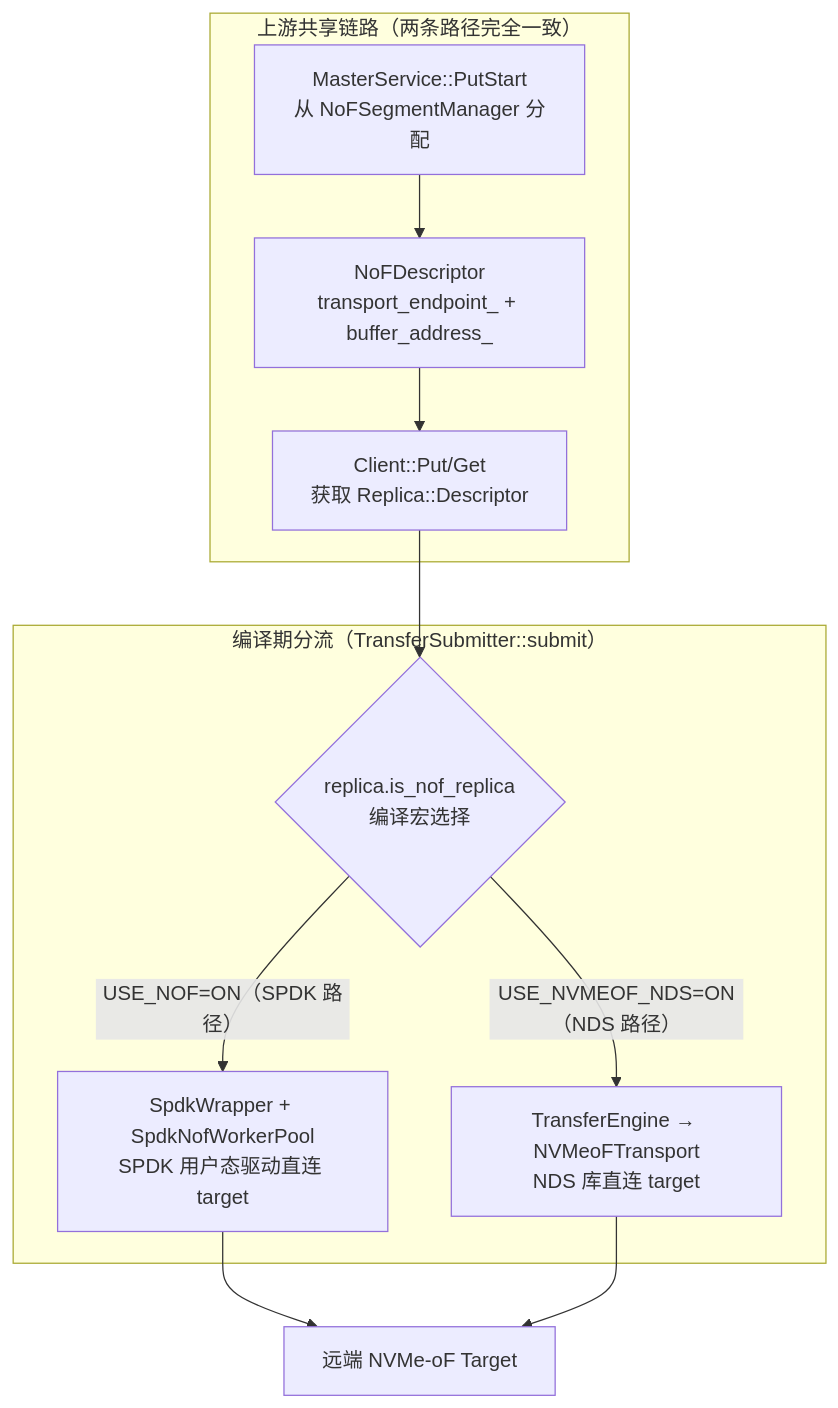
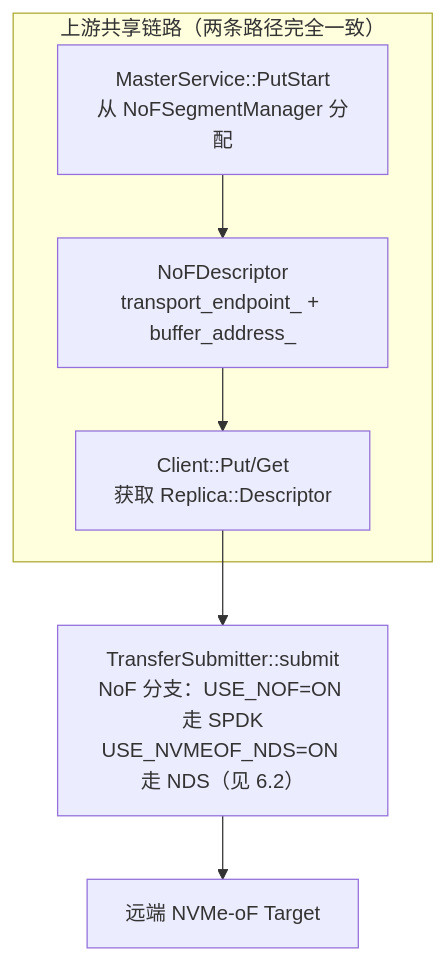
Diagram 12 of 17 in docs/rfc-nds-nvmeof-transport-cn.md (yz53665/Mooncake), drawn with Mermaid before and after one commit. The commit also changed other lines of this file, not shown here.

````diff
--- a/docs/rfc-nds-nvmeof-transport-cn.md
+++ b/docs/rfc-nds-nvmeof-transport-cn.md
@@ -508,19 +508,12 @@
 ```mermaid
 graph TB
     subgraph Shared["上游共享链路（两条路径完全一致）"]
         MASTER[MasterService::PutStart<br/>从 NoFSegmentManager 分配]
         DESC[NoFDescriptor<br/>transport_endpoint_ + buffer_address_]
         CLIENT[Client::Put/Get<br/>获取 Replica::Descriptor]
         MASTER --> DESC --> CLIENT
     end
 
-    subgraph Fork["编译期分流（TransferSubmitter::submit）"]
-        FORK{replica.is_nof_replica<br/>编译宏选择}
-        FORK -->|"USE_NOF=ON（SPDK 路径）"| SPDK_PATH[SpdkWrapper + SpdkNofWorkerPool<br/>SPDK 用户态驱动直连 target]
-        FORK -->|"USE_NVMEOF_NDS=ON（NDS 路径）"| NDS_PATH[TransferEngine → NVMeoFTransport<br/>NDS 库直连 target]
-    end
-
-    CLIENT --> FORK
-    SPDK_PATH --> TARGET[远端 NVMe-oF Target]
-    NDS_PATH --> TARGET
+    CLIENT --> TS[TransferSubmitter::submit<br/>NoF 分支：USE_NOF=ON 走 SPDK<br/>USE_NVMEOF_NDS=ON 走 NDS（见 6.2）]
+    TS --> TARGET[远端 NVMe-oF Target]
 ```
````
